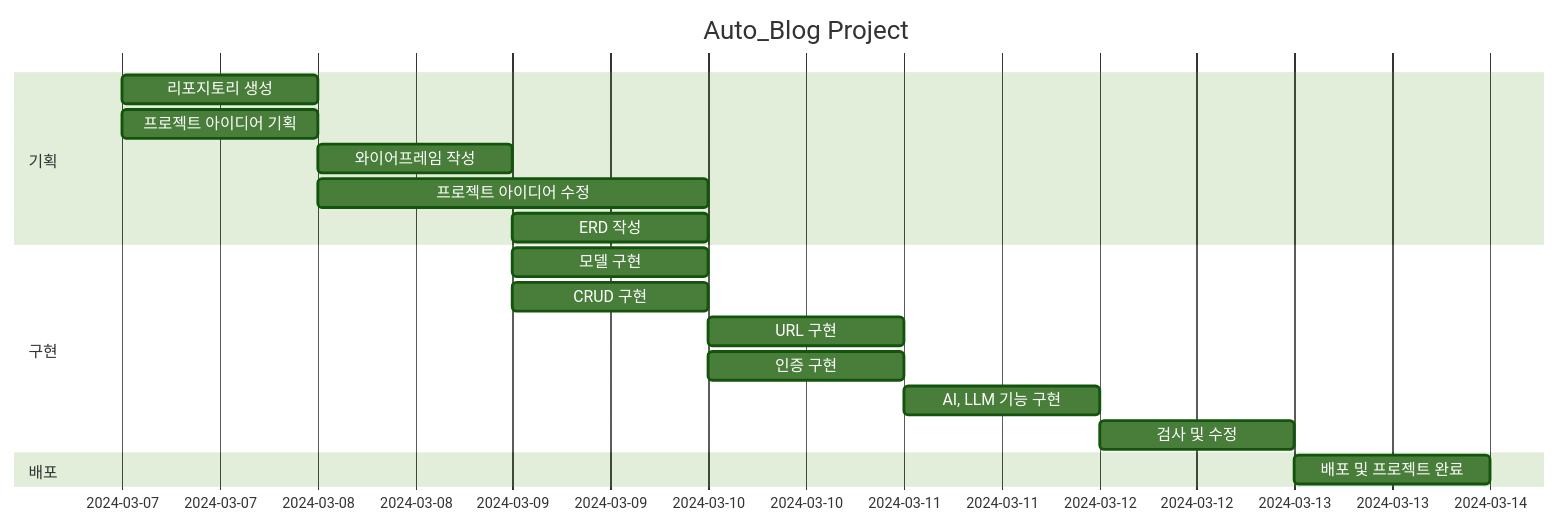
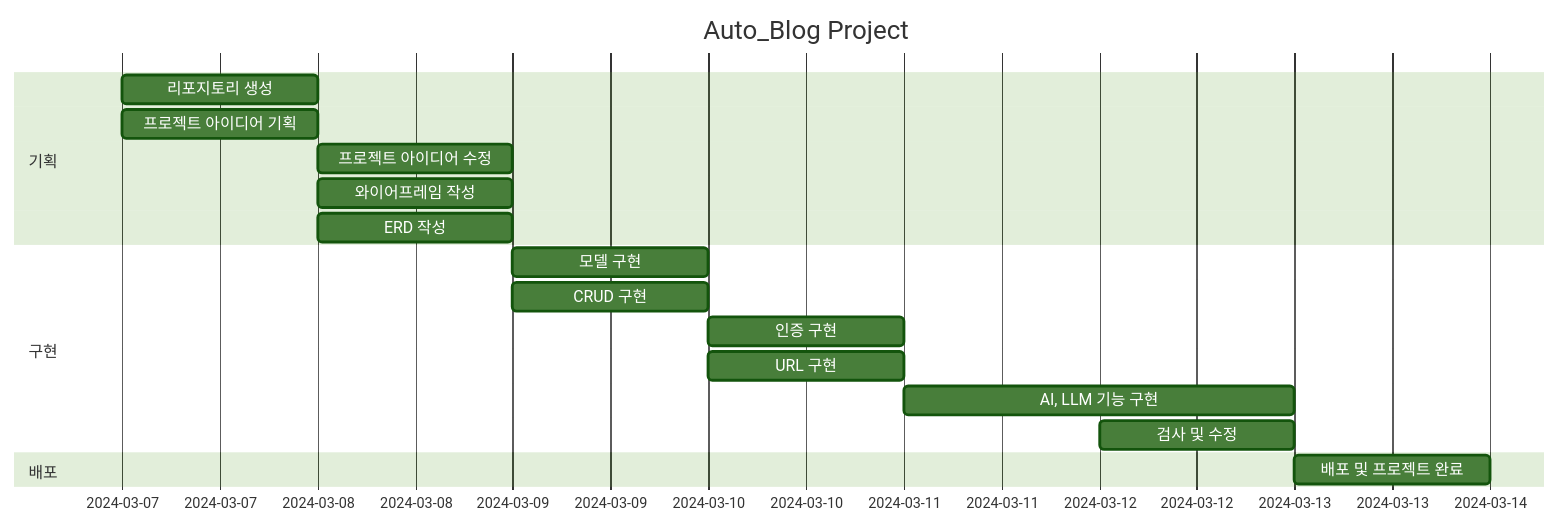
The second of 7 diagrams in readme.md (SungjaeS/SURI), drawn with Mermaid (forest theme) before and after one commit. The commit also changed other lines of this file, not shown here.

````diff
--- a/readme.md
+++ b/readme.md
@@ -272,20 +268,20 @@
 ```mermaid
 gantt
     title Auto_Blog Project
     dateFormat YY-MM-DD
     section 기획
         리포지토리 생성 :2024-03-07, 1d
         프로젝트 아이디어 기획 :2024-03-07, 1d
+        프로젝트 아이디어 수정 :2024-03-08, 1d
         와이어프레임 작성 :2024-03-08, 1d
-        프로젝트 아이디어 수정 :2024-03-08, 2d
-        ERD 작성 :2024-03-09, 1d
+        ERD 작성 :2024-03-08, 1d
     section 구현
         모델 구현 :2024-03-09, 1d
         CRUD 구현 :2024-03-09, 1d
+        인증 구현 :2024-03-10, 1d
         URL 구현 :2024-03-10, 1d
-        인증 구현 :2024-03-10, 1d
-        AI, LLM 기능 구현 :2024-03-11, 1d
+        AI, LLM 기능 구현 :2024-03-11, 2d
         검사 및 수정 :2024-03-12, 1d
     section 배포
         배포 및 프로젝트 완료 :2024-03-13, 1d
 ```
````
